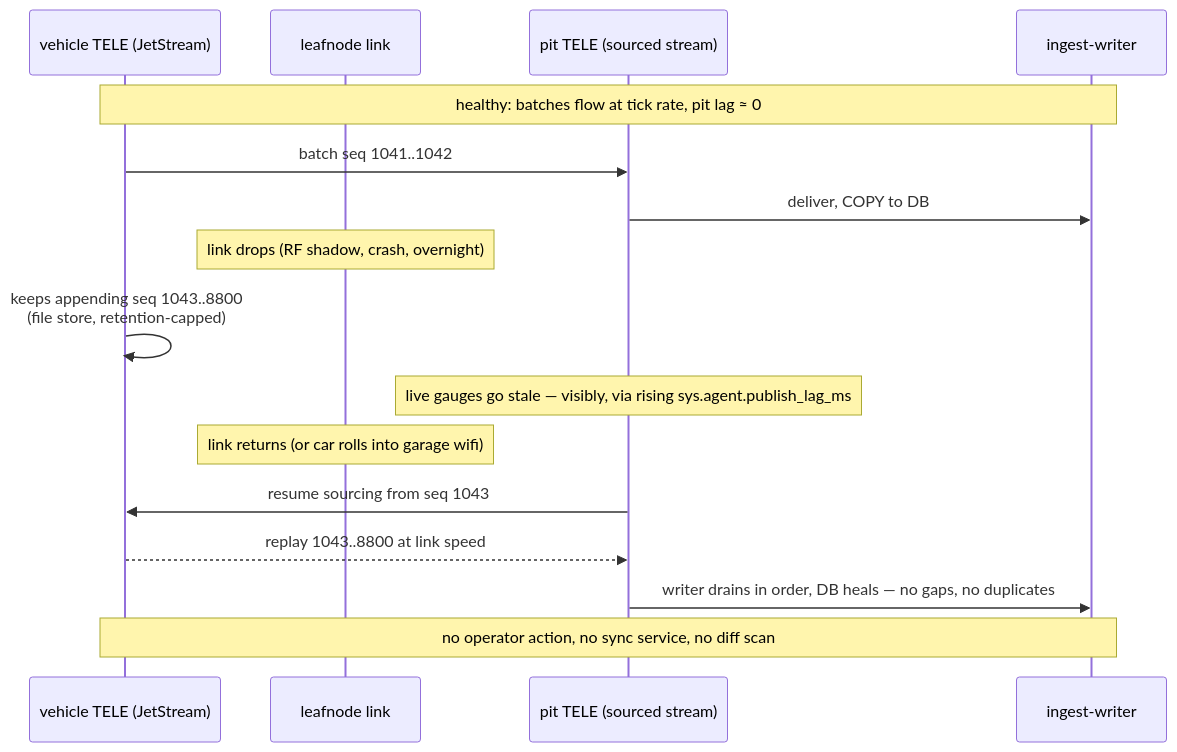
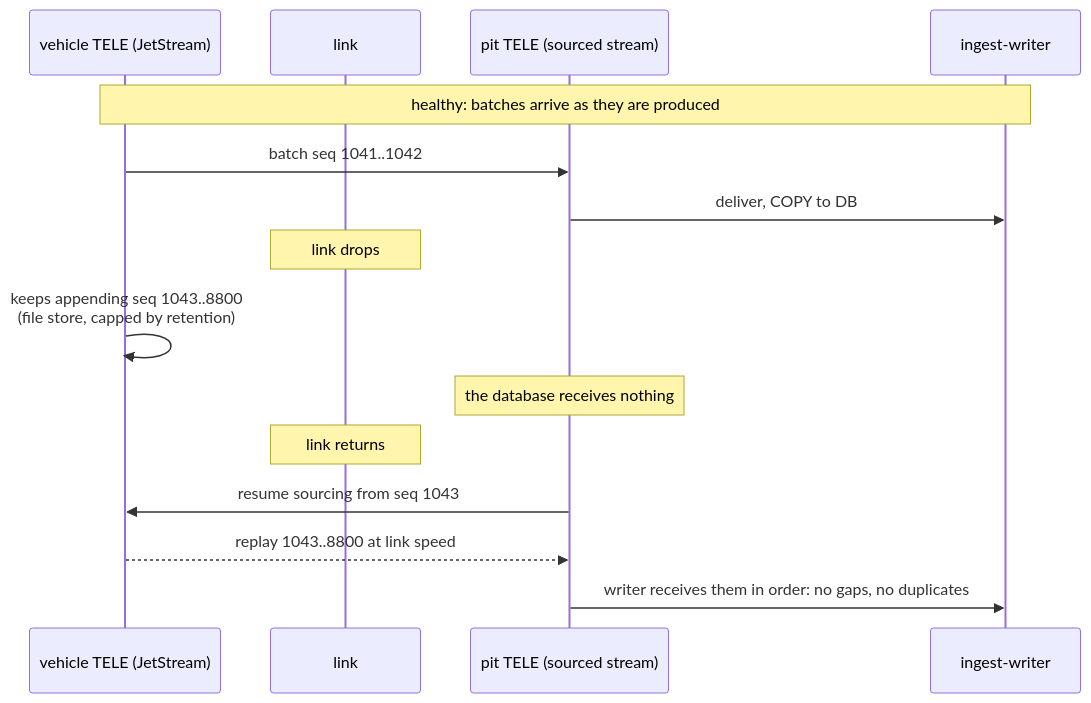
The sixth of 6 diagrams in docs/ARCHITECTURE.md (Robert-McMahon/openlaps), drawn with Mermaid before and after one commit. The commit also changed other lines of this file, not shown here.

First line of the commit message:
Bring the architecture page up to date

````diff
--- a/docs/ARCHITECTURE.md
+++ b/docs/ARCHITECTURE.md
@@ -221,18 +291,17 @@
 ```mermaid
 sequenceDiagram
   participant V as vehicle TELE (JetStream)
-  participant L as leafnode link
+  participant L as link
   participant P as pit TELE (sourced stream)
   participant W as ingest-writer
-  Note over V,W: healthy: batches flow at tick rate, pit lag ≈ 0
+  Note over V,W: healthy: batches arrive as they are produced
   V->>P: batch seq 1041..1042
   P->>W: deliver, COPY to DB
-  Note over L: link drops (RF shadow, crash, overnight)
-  V->>V: keeps appending seq 1043..8800<br/>(file store, retention-capped)
-  Note over P: live gauges go stale — visibly, via rising sys.agent.publish_lag_ms
-  Note over L: link returns (or car rolls into garage wifi)
+  Note over L: link drops
+  V->>V: keeps appending seq 1043..8800<br/>(file store, capped by retention)
+  Note over P: the database receives nothing
+  Note over L: link returns
   P->>V: resume sourcing from seq 1043
   V-->>P: replay 1043..8800 at link speed
-  P->>W: writer drains in order, DB heals — no gaps, no duplicates
-  Note over V,W: no operator action, no sync service, no diff scan
+  P->>W: writer receives them in order: no gaps, no duplicates
 ```
````
